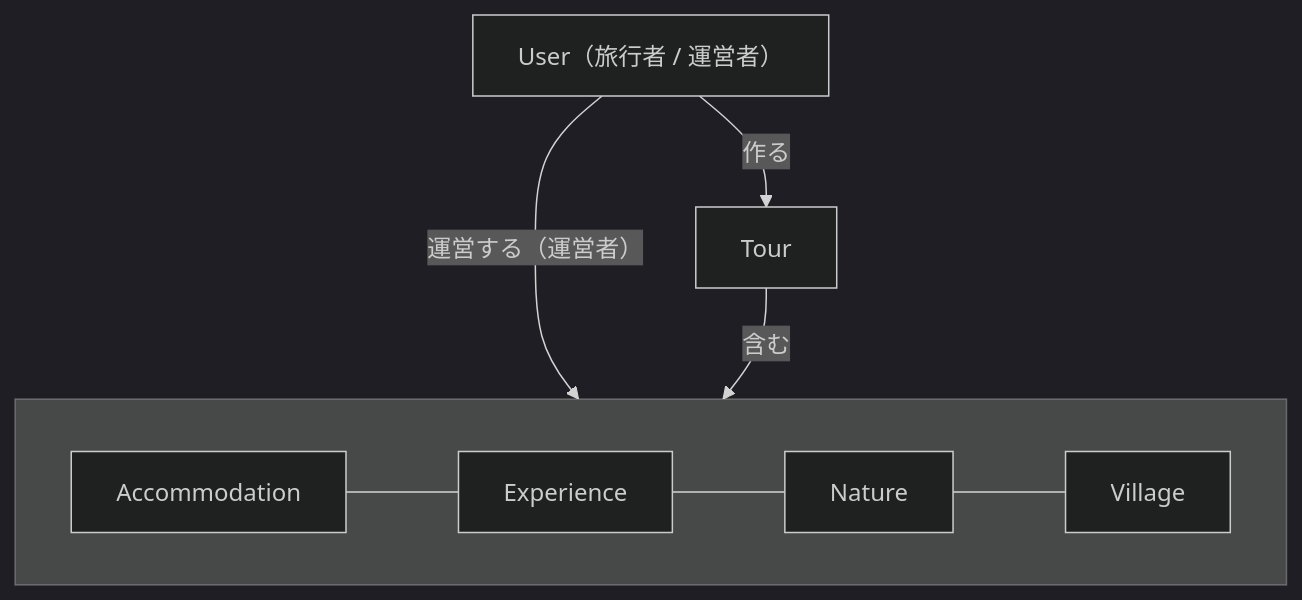
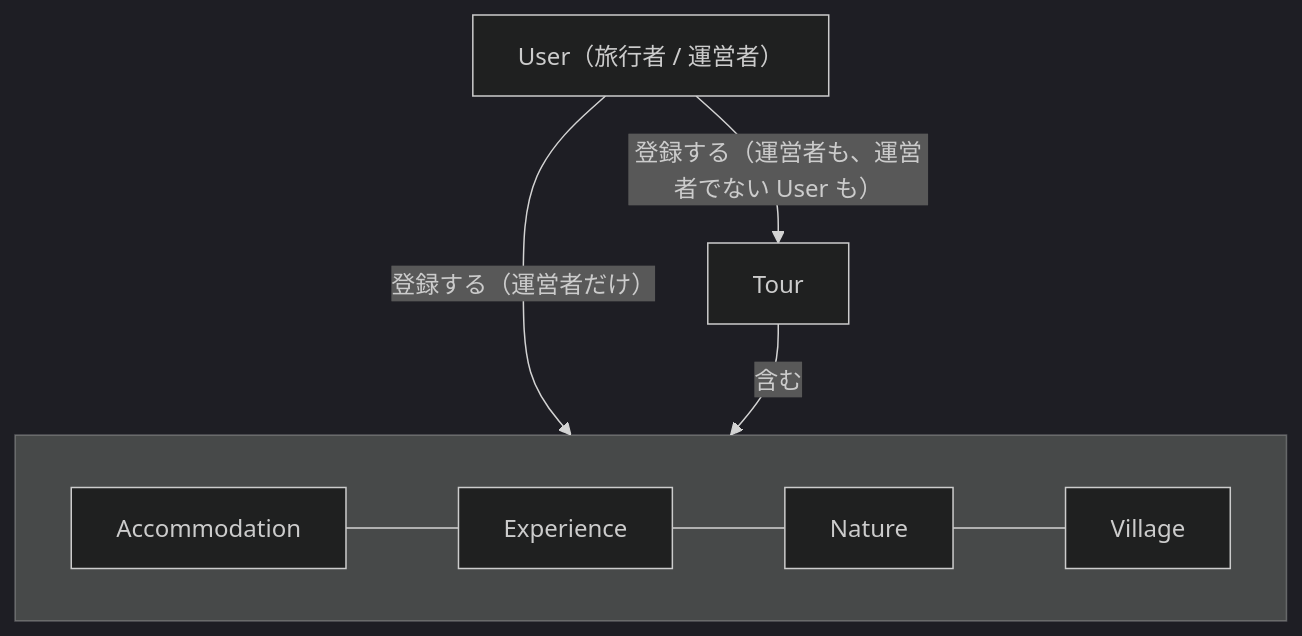
One commit to jsongold/wandrara changed the diagram in docs/data-model.md. Above: the diagram before and after it, drawn with Mermaid (dark theme). The commit also changed other lines of this file, not shown here.

First line of the commit message:
登録する人を書く：宿・体験・自然・村は運営者、Tour は全 User

````diff
--- a/docs/data-model.md
+++ b/docs/data-model.md
@@ -7,13 +7,13 @@
 ```mermaid
 flowchart TB
   User["User（旅行者 / 運営者）"]
   Tour
   subgraph same[" "]
     direction LR
     Accommodation --- Experience --- Nature --- Village
   end
 
-  User -- 作る --> Tour
-  User -- 運営する（運営者） --> same
+  User -- 登録する（運営者も、運営者でない User も） --> Tour
+  User -- 登録する（運営者だけ） --> same
   Tour -- 含む --> same
 ```
````
